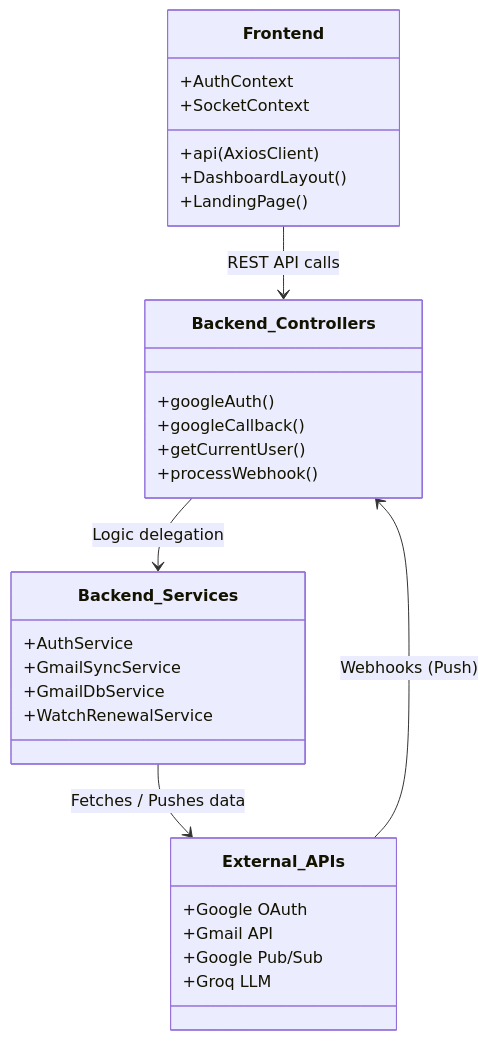
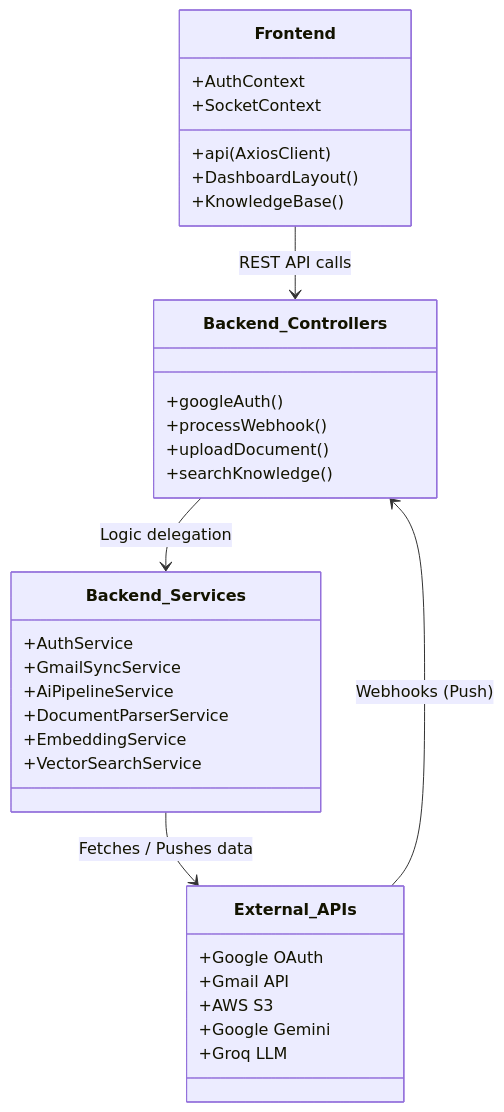
Before and after one commit to Lancerhawk/MailBot: the second of 4 diagrams in README.md, drawn with Mermaid. The commit also changed other lines of this file and 43 other files, not shown here.

````diff
--- a/README.md
+++ b/README.md
@@ -68,32 +81,35 @@
 ```mermaid
 classDiagram
     class Frontend {
         +AuthContext
         +SocketContext
         +api (AxiosClient)
         +DashboardLayout()
-        +LandingPage()
+        +KnowledgeBase()
     }
     class Backend_Controllers {
         +googleAuth()
-        +googleCallback()
-        +getCurrentUser()
         +processWebhook()
+        +uploadDocument()
+        +searchKnowledge()
     }
     class Backend_Services {
         +AuthService
         +GmailSyncService
-        +GmailDbService
-        +WatchRenewalService
+        +AiPipelineService
+        +DocumentParserService
+        +EmbeddingService
+        +VectorSearchService
     }
     class External_APIs {
         +Google OAuth
         +Gmail API
-        +Google Pub/Sub
+        +AWS S3
+        +Google Gemini
         +Groq LLM
     }
     Frontend --> Backend_Controllers : REST API calls
     Backend_Controllers --> Backend_Services : Logic delegation
     Backend_Services --> External_APIs : Fetches / Pushes data
     External_APIs --> Backend_Controllers : Webhooks (Push)
 ```
````
